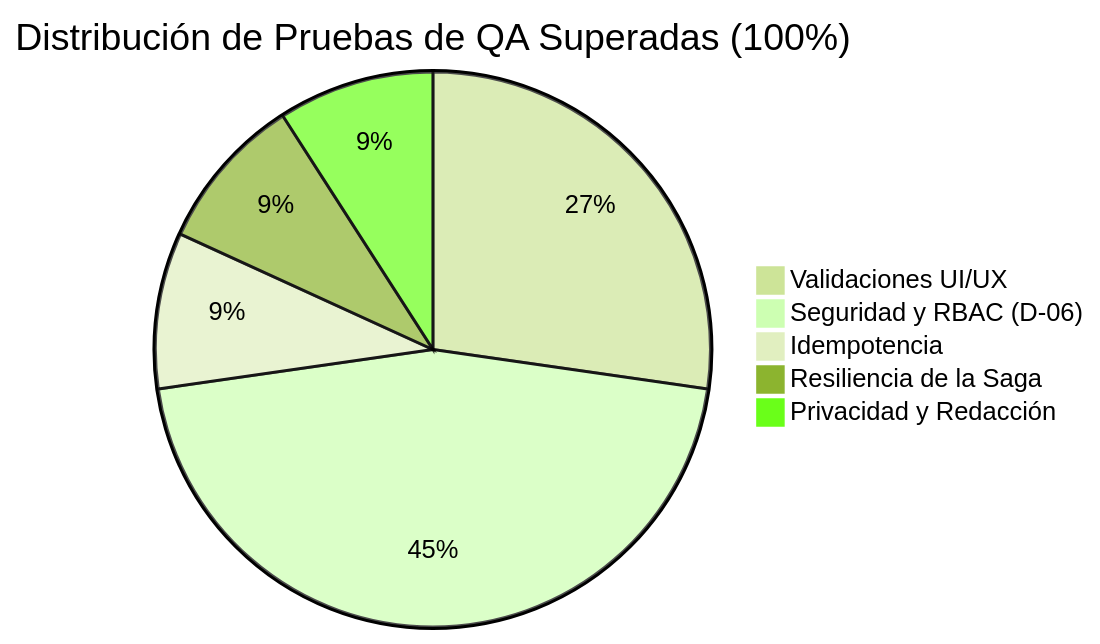
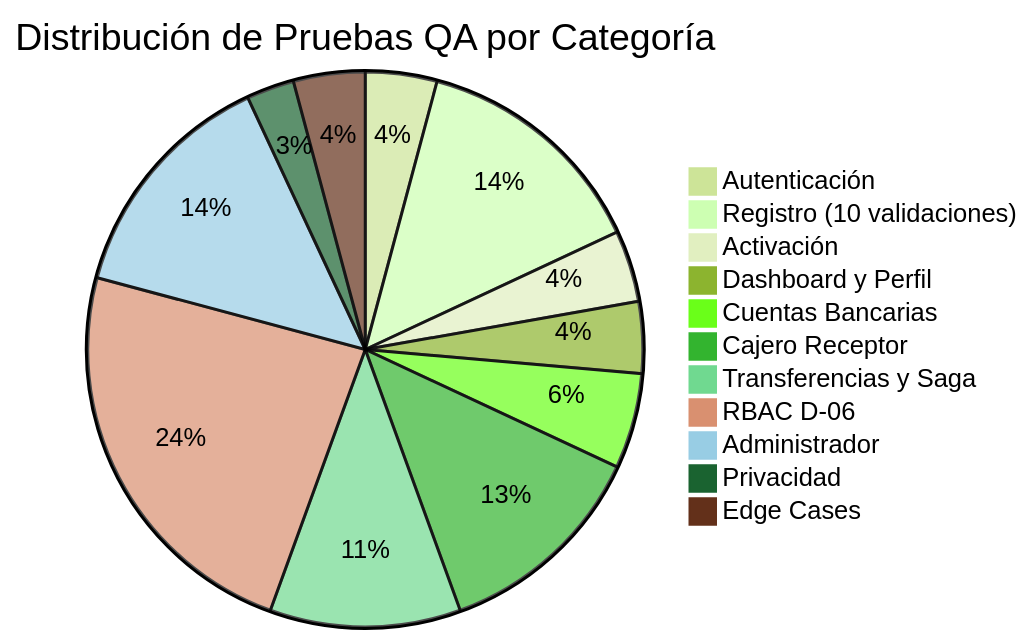
One commit to marcosbondel/Proyecto-SA-B-2 changed the diagram in docs/qa-validation-report.md. Above: the diagram before and after it, drawn with Mermaid (forest theme). The commit also changed other lines of this file and 63 other files, not shown here.

````diff
--- a/docs/qa-validation-report.md
+++ b/docs/qa-validation-report.md
@@ -21,8 +28,14 @@
 ```mermaid
-pie title Distribución de Pruebas de QA Superadas (100%)
-    "Validaciones UI/UX" : 3
-    "Seguridad y RBAC (D-06)" : 5
-    "Idempotencia" : 1
-    "Resiliencia de la Saga" : 1
-    "Privacidad y Redacción" : 1
+pie title Distribución de Pruebas QA por Categoría
+    "Autenticación" : 3
+    "Registro (10 validaciones)" : 10
+    "Activación" : 3
+    "Dashboard y Perfil" : 3
+    "Cuentas Bancarias" : 4
+    "Cajero Receptor" : 9
+    "Transferencias y Saga" : 8
+    "RBAC D-06" : 17
+    "Administrador" : 10
+    "Privacidad" : 2
+    "Edge Cases" : 3
 ```
````
